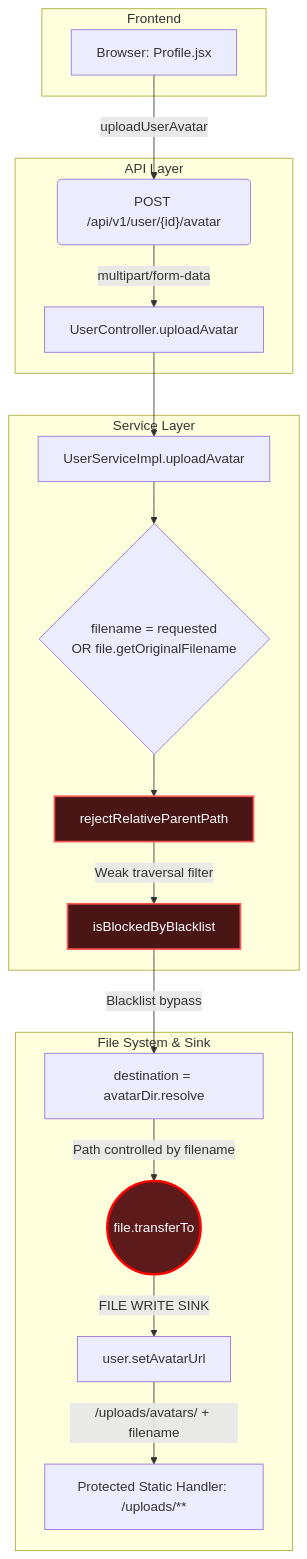
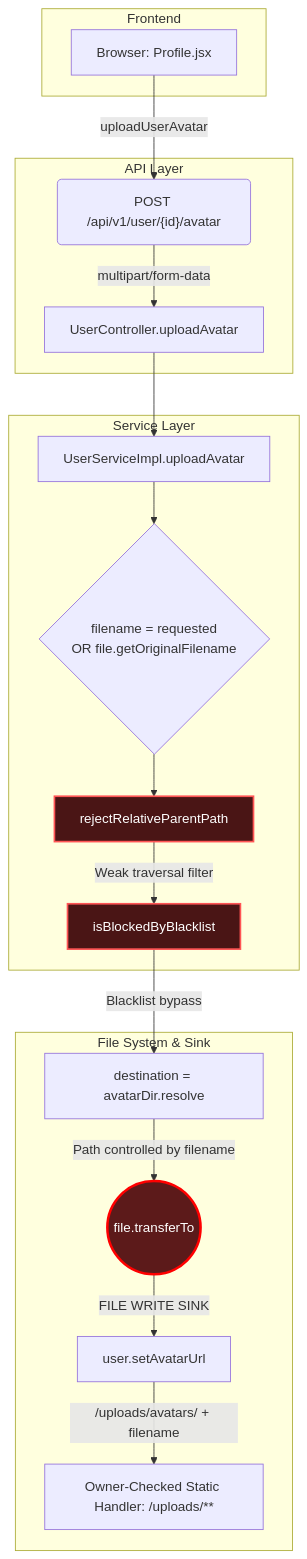
Before and after one commit to tr1la/WebLab_KTVAirline: the diagram in Report/Weblab All Vulnerabilities.md, drawn with Mermaid. The commit also changed other lines of this file and 14 other files, not shown here.

````diff
--- a/Report/Weblab All Vulnerabilities.md
+++ b/Report/Weblab All Vulnerabilities.md
@@ -23,44 +23,44 @@
 ```mermaid
 graph TD
     subgraph Frontend
         A["Browser: Profile.jsx"]
     end
 
     subgraph API Layer
         B("POST /api/v1/user/{id}/avatar")
         C["UserController.uploadAvatar"]
     end
 
     subgraph Service Layer
         D["UserServiceImpl.uploadAvatar"]
         E{"filename = requested <br> OR file.getOriginalFilename"}
         F["rejectRelativeParentPath"]
         G["isBlockedByBlacklist"]
     end
 
     subgraph File System & Sink
         H["destination = avatarDir.resolve"]
         I(("file.transferTo"))
         J["user.setAvatarUrl"]
-        K["Protected Static Handler: /uploads/**"]
+        K["Owner-Checked Static Handler: /uploads/**"]
     end
 
     %% Luồng dữ liệu và Ghi chú Lỗ hổng
     A -->|uploadUserAvatar| B
     B -->|multipart/form-data| C
     C --> D
     D --> E
     E --> F
     F -->|Weak traversal filter| G
     G -->|Blacklist bypass| H
     H -->|Path controlled by filename| I
     I -->|FILE WRITE SINK| J
     J -->|/uploads/avatars/ + filename| K
 
     %% Đổ màu (Styling) để highlight lỗ hổng cho Report
     classDef vuln fill:#4a1515,stroke:#ff5555,stroke-width:2px,color:#fff;
     classDef sink fill:#5c1a1a,stroke:#ff0000,stroke-width:3px,color:#fff;
     
     class F,G vuln;
     class I sink;
 ```
````
